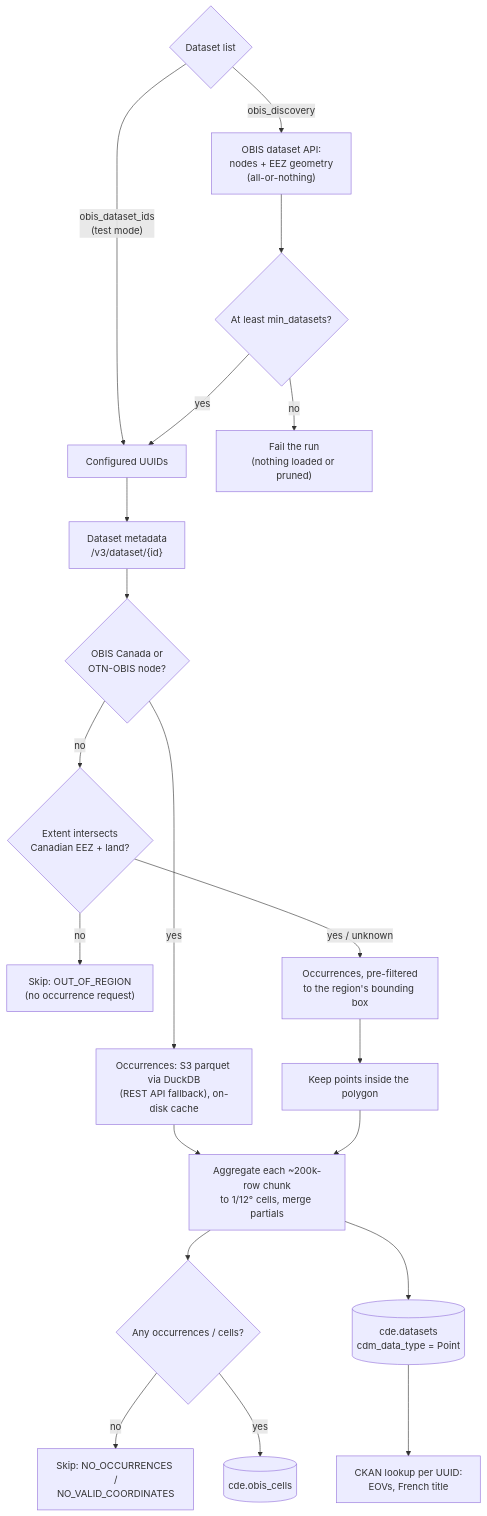
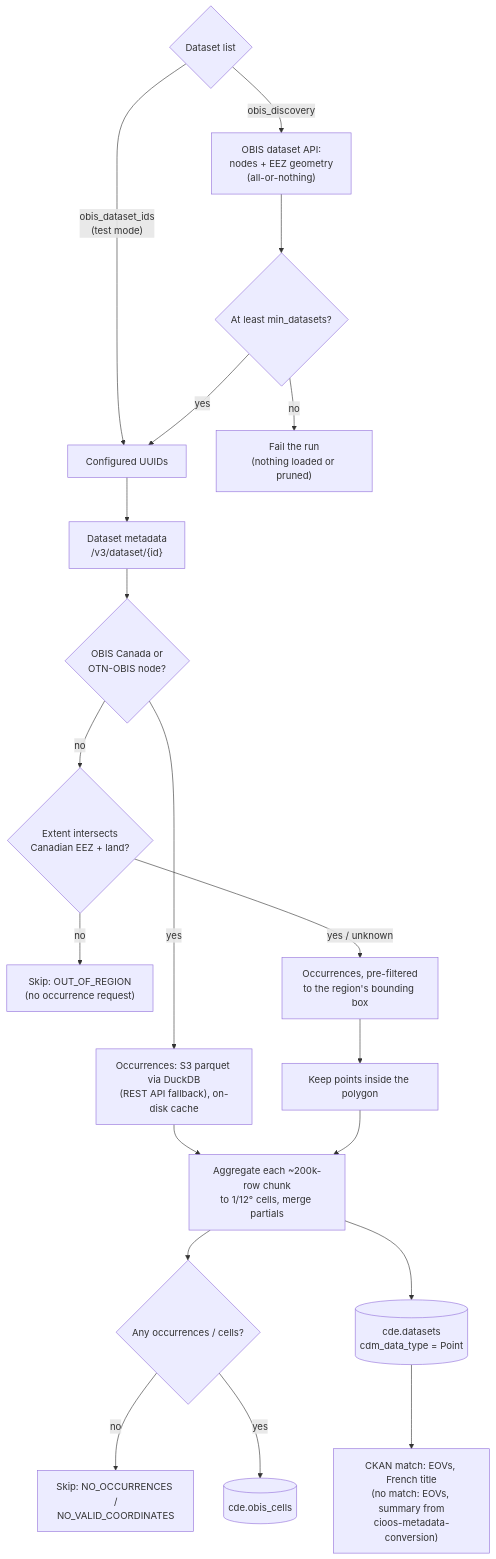
One commit to cioos-siooc/explore-cioos changed the diagram in docs/harvesting/obis.md. Above: the diagram before and after it, drawn with Mermaid. The commit also changed other lines of this file and 13 other files, not shown here.

Commit message:
Match OBIS datasets to catalogue.cioos.ca like ERDDAP; convert unmatched ones with cioos-metadata-conversion

````diff
--- a/docs/harvesting/obis.md
+++ b/docs/harvesting/obis.md
@@ -20,22 +20,22 @@
 ```mermaid
 flowchart TD
     cfg{"Dataset list"} -- "obis_dataset_ids<br/>(test mode)" --> list["Configured UUIDs"]
     cfg -- obis_discovery --> disc["OBIS dataset API:<br/>nodes + EEZ geometry<br/>(all-or-nothing)"]
     disc --> floor{"At least min_datasets?"}
     floor -- no --> fail["Fail the run<br/>(nothing loaded or pruned)"]
     floor -- yes --> list
     list --> meta["Dataset metadata<br/>/v3/dataset/{id}"]
     meta --> exempt{"OBIS Canada or<br/>OTN-OBIS node?"}
     exempt -- yes --> occ["Occurrences: S3 parquet via DuckDB<br/>(REST API fallback), on-disk cache"]
     exempt -- no --> extent{"Extent intersects<br/>Canadian EEZ + land?"}
     extent -- no --> out["Skip: OUT_OF_REGION<br/>(no occurrence request)"]
     extent -- "yes / unknown" --> occbox["Occurrences, pre-filtered<br/>to the region's bounding box"]
     occbox --> clip["Keep points inside the polygon"]
     occ --> agg
     clip --> agg["Aggregate each ~200k-row chunk<br/>to 1/12° cells, merge partials"]
     agg --> none{"Any occurrences / cells?"}
     none -- no --> skip["Skip: NO_OCCURRENCES /<br/>NO_VALID_COORDINATES"]
     none -- yes --> cells[("cde.obis_cells")]
     agg --> ds[("cde.datasets<br/>cdm_data_type = Point")]
-    ds --> ckan["CKAN lookup per UUID:<br/>EOVs, French title"]
+    ds --> ckan["CKAN match: EOVs, French title<br/>(no match: EOVs, summary from<br/>cioos-metadata-conversion)"]
 ```
````
